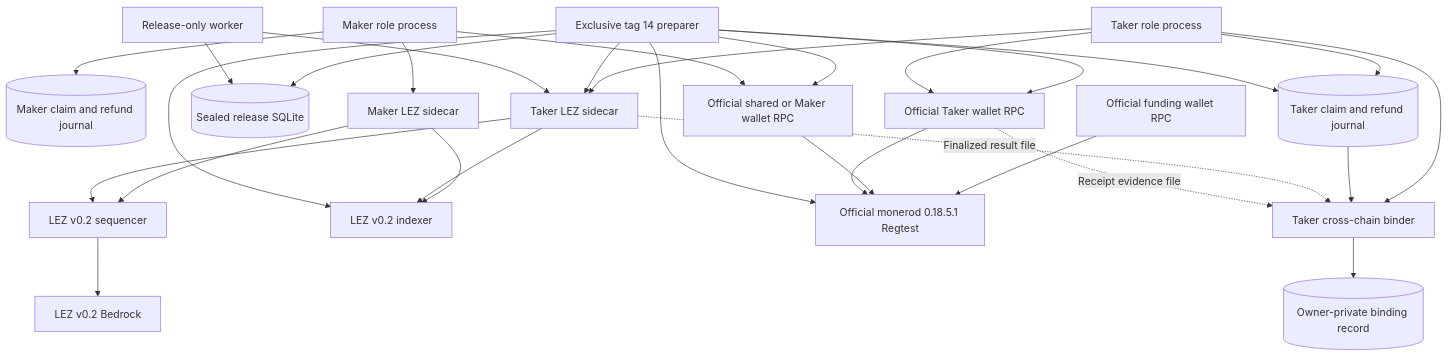
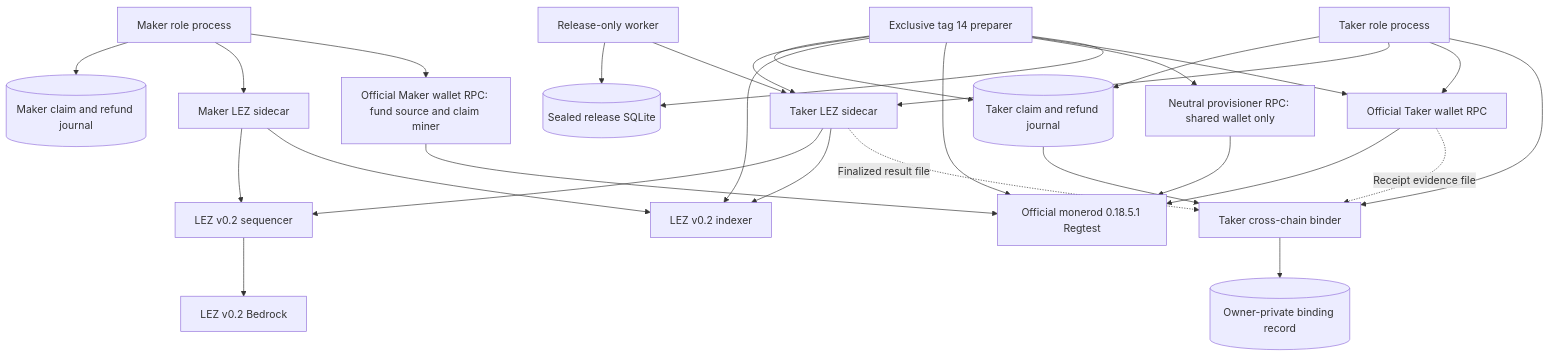
Before and after one commit to gateway-fm/lez-atomic-swaps: diagram 23 of 30 in docs/architecture/system-architecture.md, drawn with Mermaid. The commit also changed other lines of this file and 17 other files, not shown here.

````diff
--- a/docs/architecture/system-architecture.md
+++ b/docs/architecture/system-architecture.md
@@ -2309,50 +2309,50 @@
 ```mermaid
 flowchart TB
     Maker["Maker role process"]
     Taker["Taker role process"]
     MakerJournal[("Maker claim and refund journal")]
     TakerJournal[("Taker claim and refund journal")]
     Preparer["Exclusive tag 14 preparer"]
     ReleaseDb[("Sealed release SQLite")]
     Worker["Release-only worker"]
     MakerSidecar["Maker LEZ sidecar"]
     TakerSidecar["Taker LEZ sidecar"]
     Sequencer["LEZ v0.2 sequencer"]
     Indexer["LEZ v0.2 indexer"]
     Bedrock["LEZ v0.2 Bedrock"]
     Monerod["Official monerod 0.18.5.1 Regtest"]
-    FundingWallet["Official funding wallet RPC"]
-    SharedWallet["Official shared or Maker wallet RPC"]
+    MakerWallet["Official Maker wallet RPC: fund source and claim miner"]
+    SharedWallet["Neutral provisioner RPC: shared wallet only"]
     TakerWallet["Official Taker wallet RPC"]
     Binder["Taker cross-chain binder"]
     Binding[("Owner-private binding record")]
 
     Maker --> MakerJournal
     Taker --> TakerJournal
     Maker --> MakerSidecar
     Taker --> TakerSidecar
     MakerSidecar --> Sequencer
     TakerSidecar --> Sequencer
     Sequencer --> Bedrock
     MakerSidecar --> Indexer
     TakerSidecar --> Indexer
-    FundingWallet --> Monerod
+    MakerWallet --> Monerod
     SharedWallet --> Monerod
     TakerWallet --> Monerod
     Preparer --> TakerJournal
     Preparer --> TakerSidecar
     Preparer --> Indexer
     Preparer --> Monerod
     Preparer --> SharedWallet
     Preparer --> TakerWallet
     Preparer --> ReleaseDb
     Worker --> ReleaseDb
     Worker --> TakerSidecar
-    Maker --> SharedWallet
+    Maker --> MakerWallet
     Taker --> TakerWallet
     Taker --> Binder
     TakerJournal --> Binder
     TakerSidecar -.->|"Finalized result file"| Binder
     TakerWallet -.->|"Receipt evidence file"| Binder
     Binder --> Binding
 ```
````
